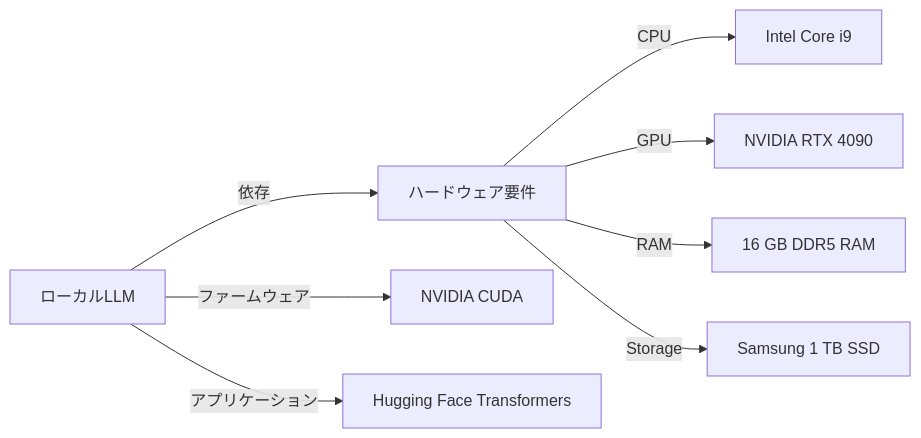
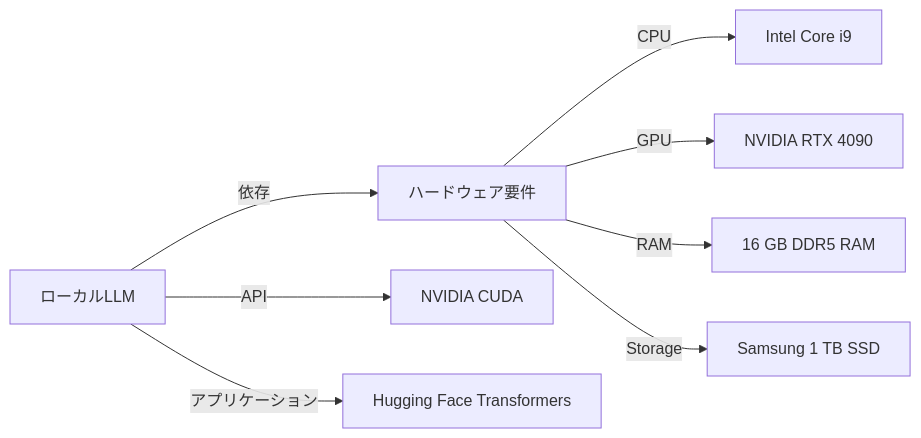
One commit to SparklingDetergent/doc_genai_About_the_local_LLM_operating_environment changed the ninth of 11 diagrams in README.md. Above: the diagram before and after it, drawn with Mermaid. The commit also changed other lines of this file, not shown here.

````diff
--- a/README.md
+++ b/README.md
@@ -182,11 +182,11 @@
 ```mermaid
 graph LR
     A[ローカルLLM] -->|依存| B[ハードウェア要件]
     B -->|CPU| C[Intel Core i9]
     B -->|GPU| D[NVIDIA RTX 4090]
     B -->|RAM| E[16 GB DDR5 RAM]
     B -->|Storage| F[Samsung 1 TB SSD]
-    A -->|ファームウェア| G[NVIDIA CUDA]
+    A -->|API| G[NVIDIA CUDA]
     A -->|アプリケーション| H[Hugging Face Transformers]
 
 ```
````
